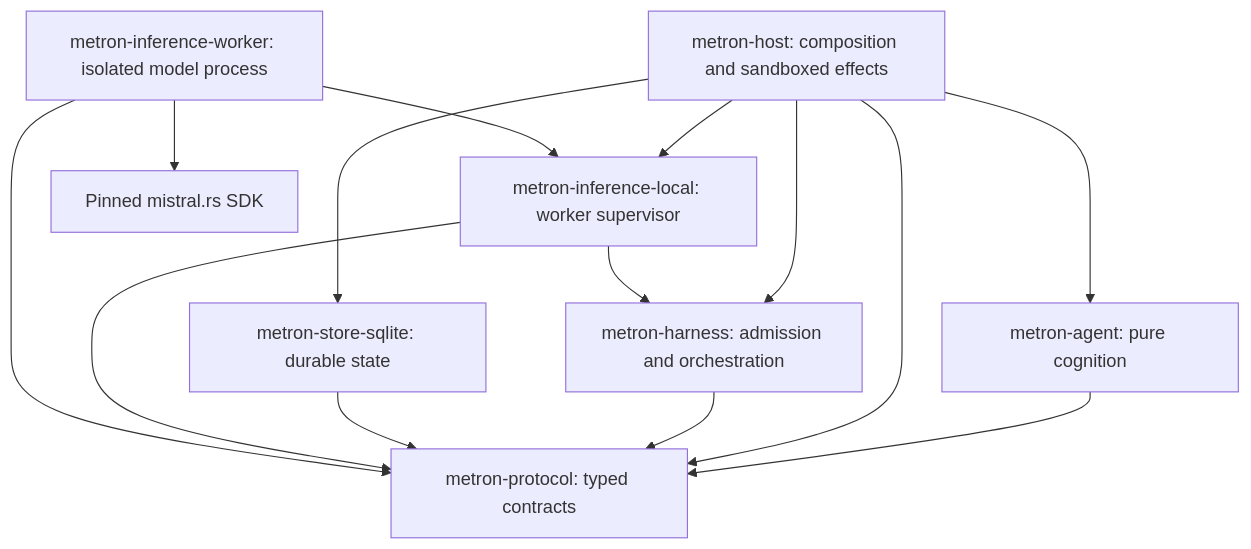
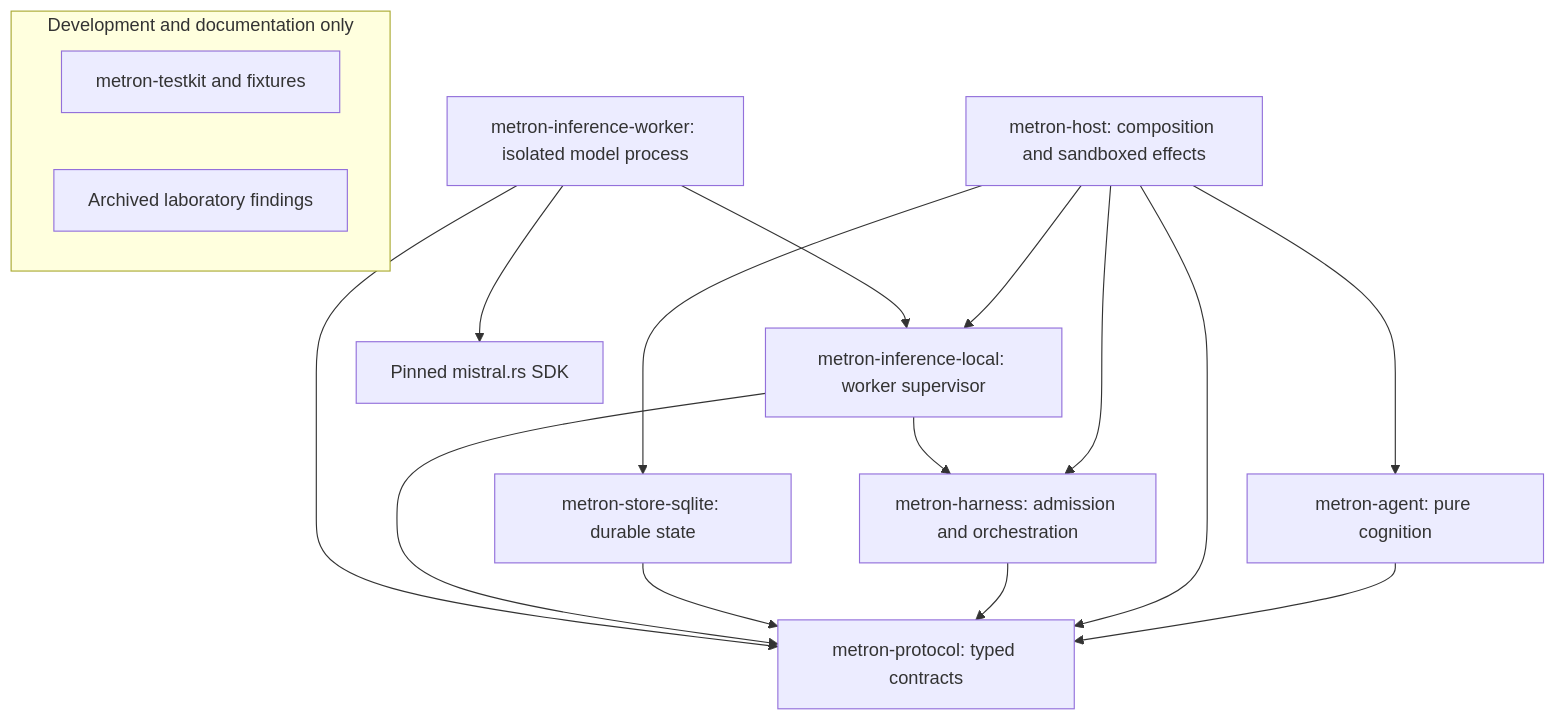
The first of 2 diagrams in docs/architecture/overview.md (kmosoti/Metron), drawn with Mermaid before and after one commit. The commit also changed other lines of this file and 165 other files, not shown here.

````diff
--- a/docs/architecture/overview.md
+++ b/docs/architecture/overview.md
@@ -10,16 +10,20 @@
 ```mermaid
 flowchart TD
     Host[metron-host: composition and sandboxed effects] --> Agent[metron-agent: pure cognition]
     Host --> Harness[metron-harness: admission and orchestration]
     Host --> Store[metron-store-sqlite: durable state]
     Host --> Local[metron-inference-local: worker supervisor]
     Agent --> Protocol[metron-protocol: typed contracts]
     Host --> Protocol
     Harness --> Protocol
     Store --> Protocol
     Local --> Protocol
     Local --> Harness
     Worker[metron-inference-worker: isolated model process] --> Local
     Worker --> Protocol
     Worker --> SDK[Pinned mistral.rs SDK]
+    subgraph Support[Development and documentation only]
+        Testkit[metron-testkit and fixtures]
+        Archive[Archived laboratory findings]
+    end
 ```
````
